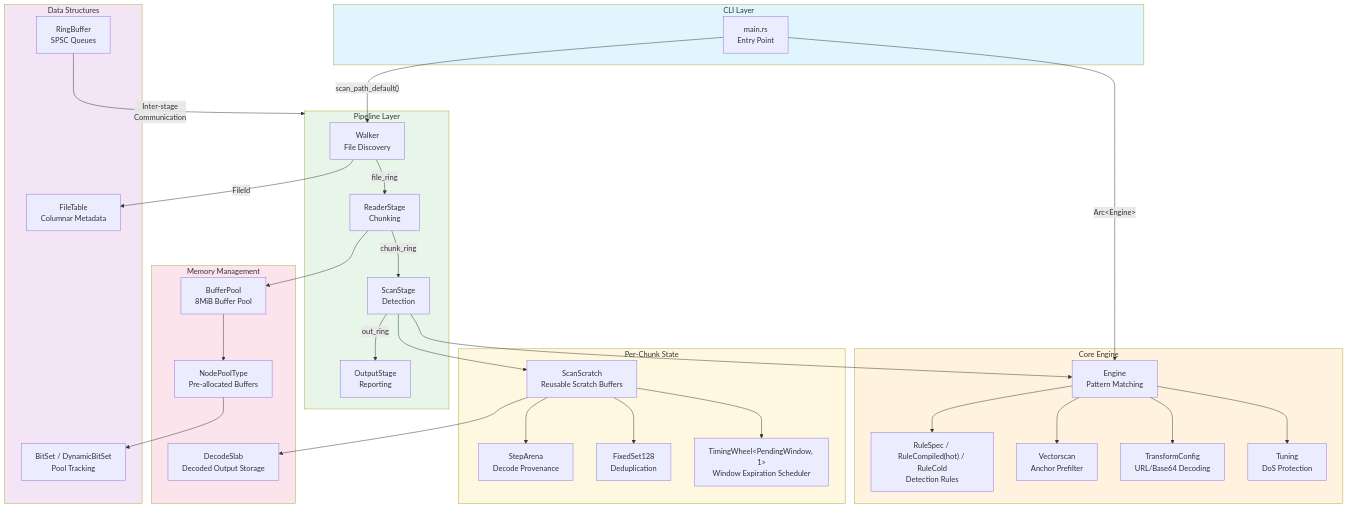
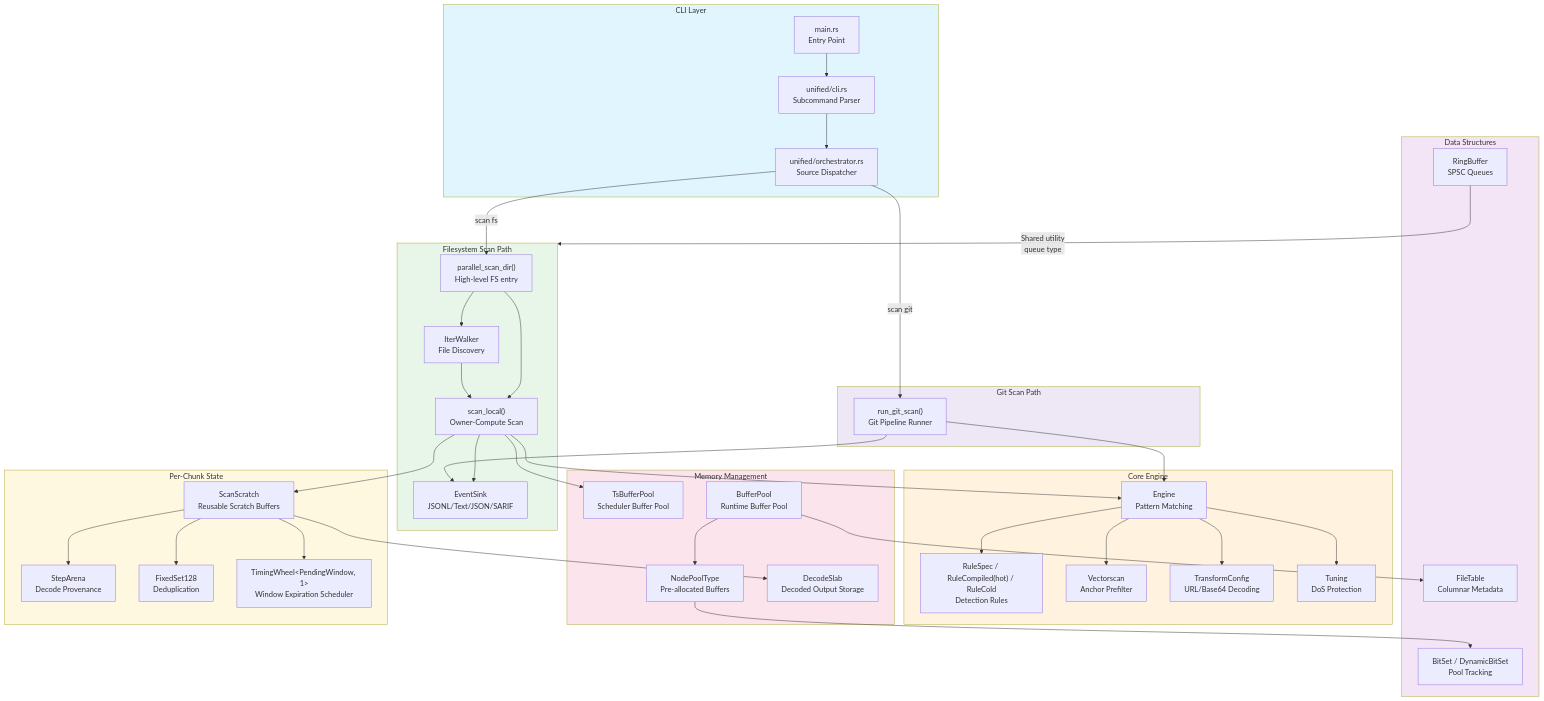
The diagram in docs/architecture-overview.md (ahrav/scratch-scanner-rs), drawn with Mermaid before and after one commit. The commit also changed other lines of this file and 9 other files, not shown here.

```diff
--- a/docs/architecture-overview.md
+++ b/docs/architecture-overview.md
@@ -6,6 +6,8 @@
 graph TB
     subgraph CLI["CLI Layer"]
         Main["main.rs<br/>Entry Point"]
+        UCLI["unified/cli.rs<br/>Subcommand Parser"]
+        Orch["unified/orchestrator.rs<br/>Source Dispatcher"]
     end
 
     subgraph Core["Core Engine"]
@@ -16,15 +18,20 @@
         Tuning["Tuning<br/>DoS Protection"]
     end
 
-    subgraph Pipeline["Pipeline Layer"]
-        Walker["Walker<br/>File Discovery"]
-        Reader["ReaderStage<br/>Chunking"]
-        Scanner["ScanStage<br/>Detection"]
-        Output["OutputStage<br/>Reporting"]
+    subgraph FsPath["Filesystem Scan Path"]
+        PScan["parallel_scan_dir()<br/>High-level FS entry"]
+        Walker["IterWalker<br/>File Discovery"]
+        Scanner["scan_local()<br/>Owner-Compute Scan"]
+        Events["EventSink<br/>JSONL/Text/JSON/SARIF"]
+    end
+
+    subgraph GitPath["Git Scan Path"]
+        GitRunner["run_git_scan()<br/>Git Pipeline Runner"]
     end
 
     subgraph Memory["Memory Management"]
-        BufferPool["BufferPool<br/>8MiB Buffer Pool"]
+        TsBufferPool["TsBufferPool<br/>Scheduler Buffer Pool"]
+        BufferPool["BufferPool<br/>Runtime Buffer Pool"]
         NodePool["NodePoolType<br/>Pre-allocated Buffers"]
         DecodeSlab["DecodeSlab<br/>Decoded Output Storage"]
     end
@@ -42,35 +49,43 @@
         TimingWheel["TimingWheel&lt;PendingWindow, 1&gt;<br/>Window Expiration Scheduler"]
     end
 
-    Main --> |"Arc&lt;Engine&gt;"| Engine
-    Main --> |"scan_path_default()"| Walker
+    Main --> UCLI
+    UCLI --> Orch
+
+    Orch --> |"scan fs"| PScan
+    Orch --> |"scan git"| GitRunner
+
+    PScan --> Walker
+    PScan --> Scanner
+    Walker --> Scanner
+    Scanner --> Events
+
+    Scanner --> Engine
+    Scanner --> TsBufferPool
+    GitRunner --> Engine
+    GitRunner --> Events
 
     Engine --> Rules
     Engine --> VS
     Engine --> Transforms
     Engine --> Tuning
 
-    Walker --> |"FileId"| FileTable
-    Walker --> |"file_ring"| Reader
-    Reader --> |"chunk_ring"| Scanner
-    Scanner --> |"out_ring"| Output
-
-    Reader --> BufferPool
+    BufferPool --> FileTable
     BufferPool --> NodePool
     NodePool --> BitSet
 
-    Scanner --> Engine
     Scanner --> ScanScratch
     ScanScratch --> DecodeSlab
     ScanScratch --> StepArena
     ScanScratch --> FixedSet128
     ScanScratch --> TimingWheel
 
-    RingBuffer --> |"Inter-stage<br/>Communication"| Pipeline
+    RingBuffer --> |"Shared utility<br/>queue type"| FsPath
 
     style CLI fill:#e1f5fe
     style Core fill:#fff3e0
-    style Pipeline fill:#e8f5e9
+    style FsPath fill:#e8f5e9
+    style GitPath fill:#ede7f6
     style Memory fill:#fce4ec
     style DataStructures fill:#f3e5f5
     style State fill:#fff8e1
```
